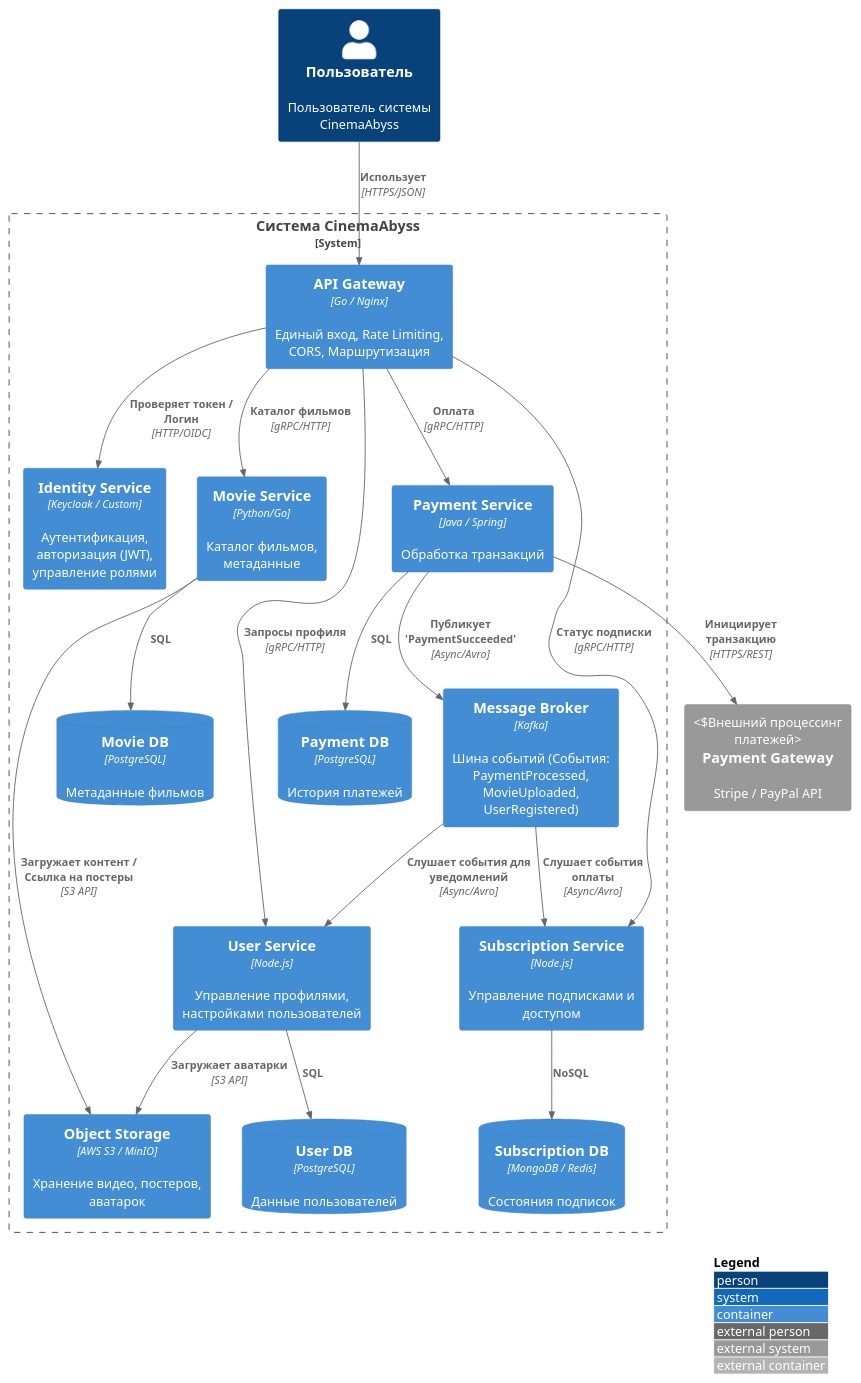
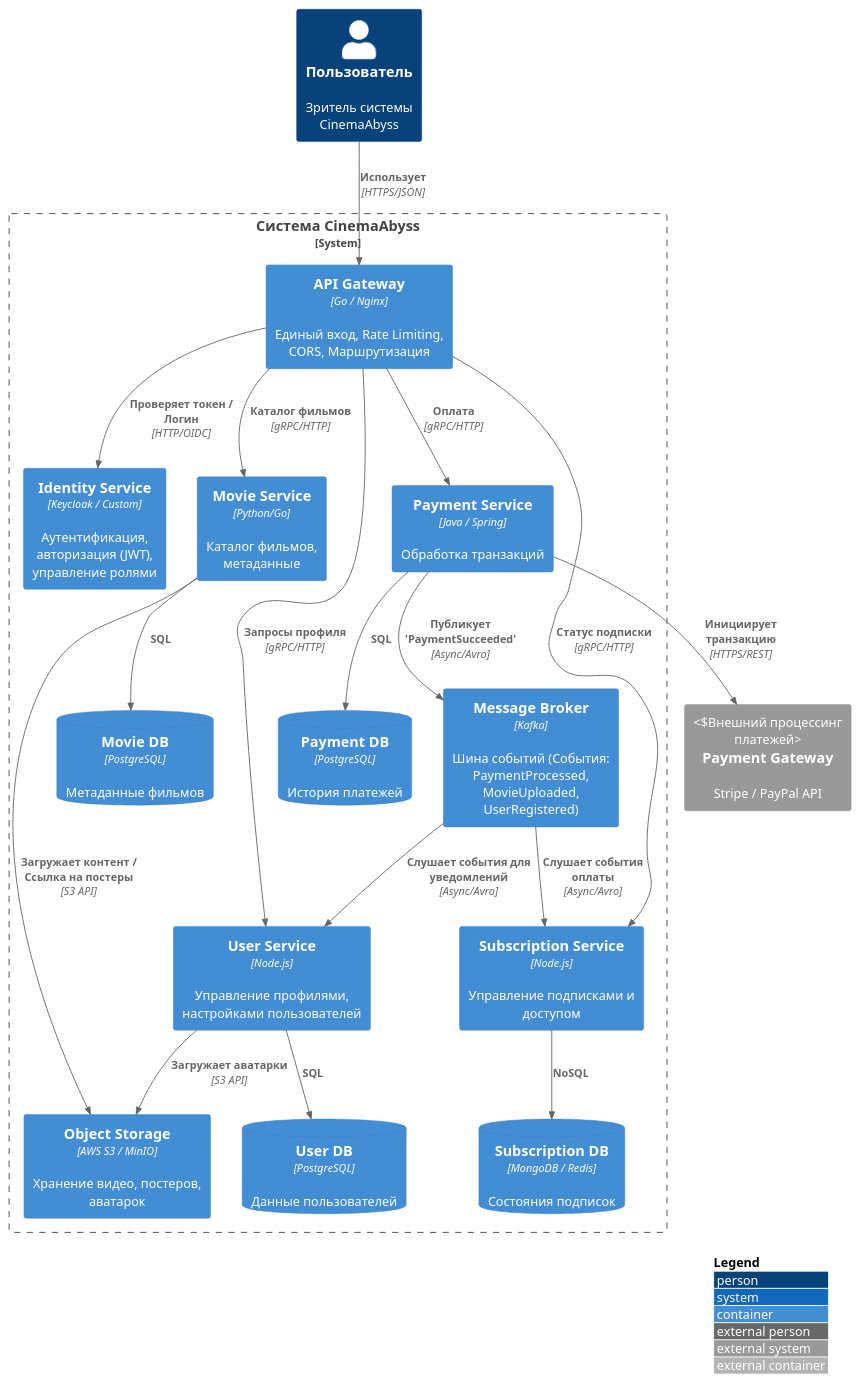
Before and after one commit to AliaBis/architecture-cinemaabyss: the diagram in diagrams/c4.puml, drawn with PlantUML. The commit also changed 1 other file, not shown here.

```diff
--- a/diagrams/c4.puml
+++ b/diagrams/c4.puml
@@ -1,60 +1,60 @@
-@startuml с4_advanced
+@startuml с4
 !include https://raw.githubusercontent.com/plantuml-stdlib/C4-PlantUML/master/C4_Container.puml
 
 LAYOUT_WITH_LEGEND()
 
-Person(user, "Пользователь", "Пользователь системы CinemaAbyss")
+Person(user, "Пользователь", "Зритель системы CinemaAbyss")
 
 System_Boundary(cinema_abyss, "Система CinemaAbyss") {
     
     Container(api_gateway, "API Gateway", "Go / Nginx", "Единый вход, Rate Limiting, CORS, Маршрутизация")
     
     Container(auth_service, "Identity Service", "Keycloak / Custom", "Аутентификация, авторизация (JWT), управление ролями")
 
     Container(user_service, "User Service", "Node.js", "Управление профилями, настройками пользователей")
     ContainerDb(user_db, "User DB", "PostgreSQL", "Данные пользователей")
 
     Container(movie_service, "Movie Service", "Python/Go", "Каталог фильмов, метаданные")
     ContainerDb(movie_db, "Movie DB", "PostgreSQL", "Метаданные фильмов")
 
     Container(payment_service, "Payment Service", "Java / Spring", "Обработка транзакций")
     ContainerDb(payment_db, "Payment DB", "PostgreSQL", "История платежей")
 
     Container(subscription_service, "Subscription Service", "Node.js", "Управление подписками и доступом")
     ContainerDb(sub_db, "Subscription DB", "MongoDB / Redis", "Состояния подписок")
 
     Container(message_broker, "Message Broker", "Kafka", "Шина событий (События: PaymentProcessed, MovieUploaded, UserRegistered)")
 
     Container(s3, "Object Storage", "AWS S3 / MinIO", "Хранение видео, постеров, аватарок")
 }
 
 System_Ext(payment_gateway, "Payment Gateway", "Stripe / PayPal API", "Внешний процессинг платежей")
 
 ' Связи
 Rel(user, api_gateway, "Использует", "HTTPS/JSON")
 
 Rel(api_gateway, auth_service, "Проверяет токен / Логин", "HTTP/OIDC")
 Rel(api_gateway, user_service, "Запросы профиля", "gRPC/HTTP")
 Rel(api_gateway, movie_service, "Каталог фильмов", "gRPC/HTTP")
 Rel(api_gateway, payment_service, "Оплата", "gRPC/HTTP")
 Rel(api_gateway, subscription_service, "Статус подписки", "gRPC/HTTP")
 
 ' Работа с БД
 Rel(user_service, user_db, "SQL")
 Rel(movie_service, movie_db, "SQL")
 Rel(payment_service, payment_db, "SQL")
 Rel(subscription_service, sub_db, "NoSQL")
 
 ' Работа с S3
 Rel(movie_service, s3, "Загружает контент / Ссылка на постеры", "S3 API")
 Rel(user_service, s3, "Загружает аватарки", "S3 API")
 
 ' Асинхронное взаимодействие (Kafka)
 Rel(payment_service, message_broker, "Публикует 'PaymentSucceeded'", "Async/Avro")
 Rel(message_broker, subscription_service, "Слушает события оплаты", "Async/Avro")
 Rel(message_broker, user_service, "Слушает события для уведомлений", "Async/Avro")
 
 ' Внешние системы
 Rel(payment_service, payment_gateway, "Инициирует транзакцию", "HTTPS/REST")
 
 @enduml
```
